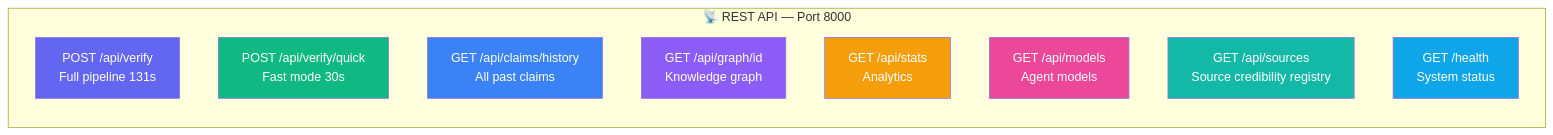
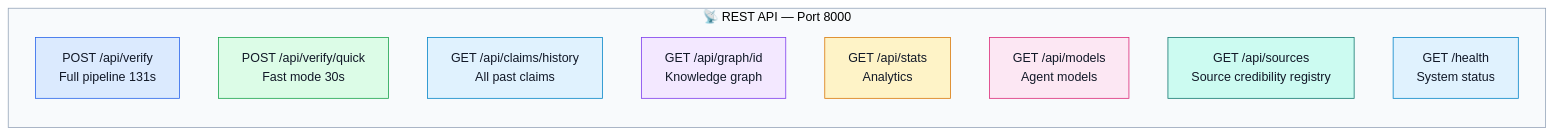
The seventh of 7 diagrams in README.md (Sandarsh18/VeritasAI), drawn with Mermaid before and after one commit. The commit also changed other lines of this file, not shown here.

Commit message:
📝 Improve README mermaid readability and structure

````diff
--- a/README.md
+++ b/README.md
@@ -340,22 +344,23 @@
 ```mermaid
+%%{init: {'theme': 'base', 'themeVariables': { 'primaryColor': '#F8FAFC', 'primaryTextColor': '#111827', 'primaryBorderColor': '#475569', 'lineColor': '#475569', 'clusterBkg': '#F8FAFC', 'clusterBorder': '#94A3B8', 'fontFamily': 'Arial' }}}%%
 graph LR
     subgraph Endpoints["📡 REST API — Port 8000"]
         A[POST /api/verify\nFull pipeline 131s]
         B[POST /api/verify/quick\nFast mode 30s]
         C[GET /api/claims/history\nAll past claims]
         D[GET /api/graph/id\nKnowledge graph]
         E[GET /api/stats\nAnalytics]
         F[GET /api/models\nAgent models]
         G[GET /api/sources\nSource credibility registry]
         H[GET /health\nSystem status]
     end
 
-    style A fill:#6366f1,color:#fff
-    style B fill:#10b981,color:#fff
-    style C fill:#3b82f6,color:#fff
-    style D fill:#8b5cf6,color:#fff
-    style E fill:#f59e0b,color:#fff
-    style F fill:#ec4899,color:#fff
-    style G fill:#14b8a6,color:#fff
-    style H fill:#0ea5e9,color:#fff
+    style A fill:#DBEAFE,color:#111827,stroke:#2563EB
+    style B fill:#DCFCE7,color:#111827,stroke:#16A34A
+    style C fill:#E0F2FE,color:#111827,stroke:#0284C7
+    style D fill:#F3E8FF,color:#111827,stroke:#7C3AED
+    style E fill:#FEF3C7,color:#111827,stroke:#D97706
+    style F fill:#FCE7F3,color:#111827,stroke:#DB2777
+    style G fill:#CCFBF1,color:#111827,stroke:#0F766E
+    style H fill:#E0F2FE,color:#111827,stroke:#0284C7
 ```
````
